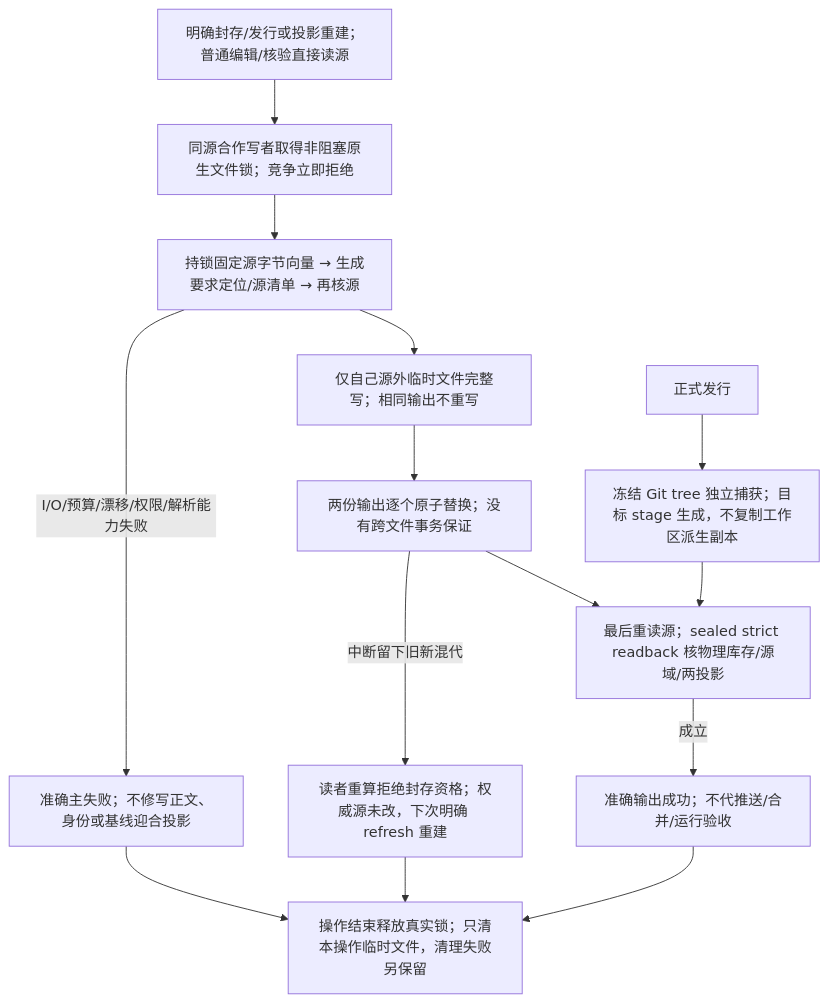
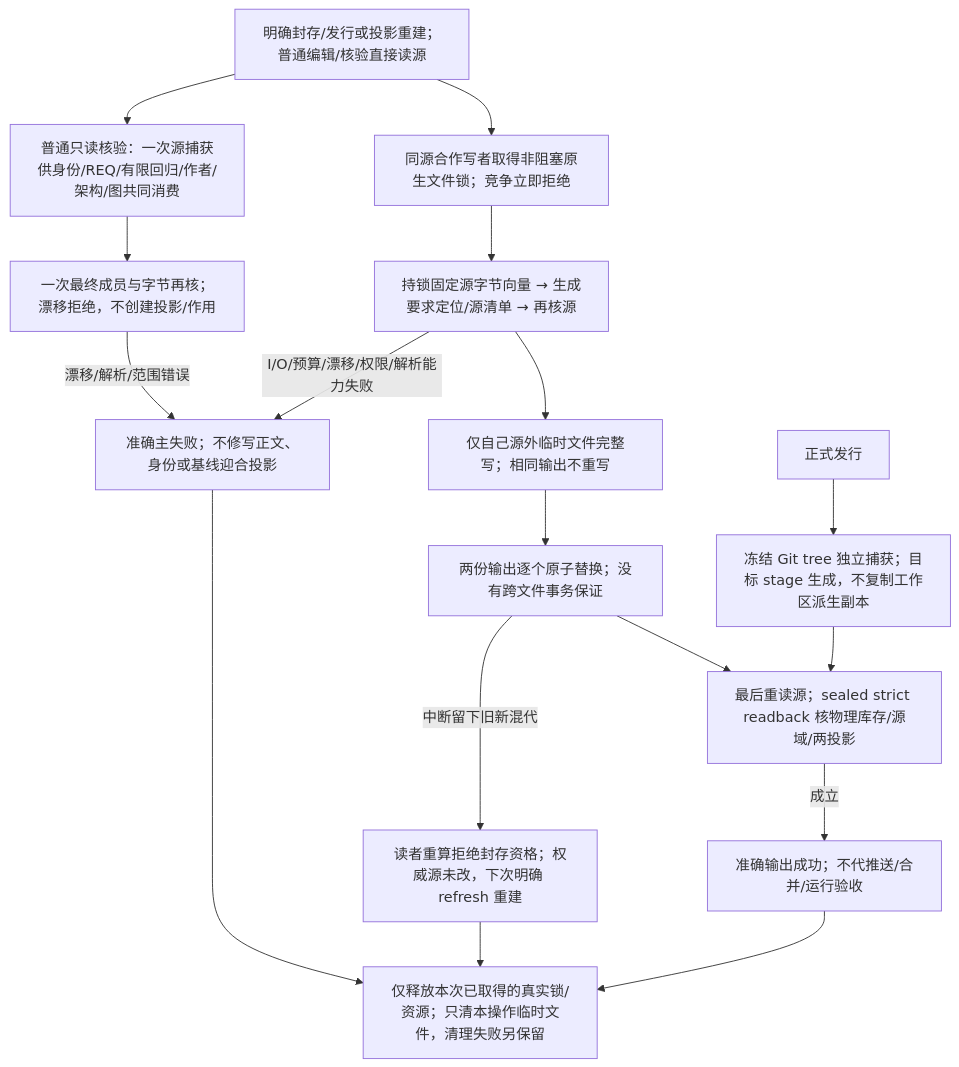
One commit to sec-platform/sec changed the third of 3 diagrams in docs/维护/文档身份与重组协议.md. Above: the diagram before and after it, drawn with Mermaid. The commit also changed other lines of this file and 118 other files, not shown here.

````diff
--- a/docs/维护/文档身份与重组协议.md
+++ b/docs/维护/文档身份与重组协议.md
@@ -183,16 +185,19 @@
 ```mermaid
 flowchart TD
   purpose["明确封存/发行或投影重建；普通编辑/核验直接读源"] --> lock["同源合作写者取得非阻塞原生文件锁；竞争立即拒绝"]
+  purpose --> sourcecheck["普通只读核验：一次源捕获供身份/REQ/有限回归/作者/架构/图共同消费"]
+  sourcecheck --> finalcheck["一次最终成员与字节再核；漂移拒绝，不创建投影/作用"]
+  finalcheck -->|漂移/解析/范围错误| fail
   lock --> capture["持锁固定源字节向量 → 生成要求定位/源清单 → 再核源"]
   capture --> stage["仅自己源外临时文件完整写；相同输出不重写"]
   stage --> replace["两份输出逐个原子替换；没有跨文件事务保证"]
   replace --> reread["最后重读源；sealed strict readback 核物理库存/源域/两投影"]
   replace -->|中断留下旧新混代| mixed["读者重算拒绝封存资格；权威源未改，下次明确 refresh 重建"]
   capture -->|I/O/预算/漂移/权限/解析能力失败| fail["准确主失败；不修写正文、身份或基线迎合投影"]
   reread -->|成立| completed["准确输出成功；不代推送/合并/运行验收"]
-  fail --> close["操作结束释放真实锁；只清本操作临时文件，清理失败另保留"]
+  fail --> close["仅释放本次已取得的真实锁/资源；只清本操作临时文件，清理失败另保留"]
   mixed --> close
   completed --> close
   release["正式发行"] --> tree["冻结 Git tree 独立捕获；目标 stage 生成，不复制工作区派生副本"]
   tree --> reread
 ```
````
